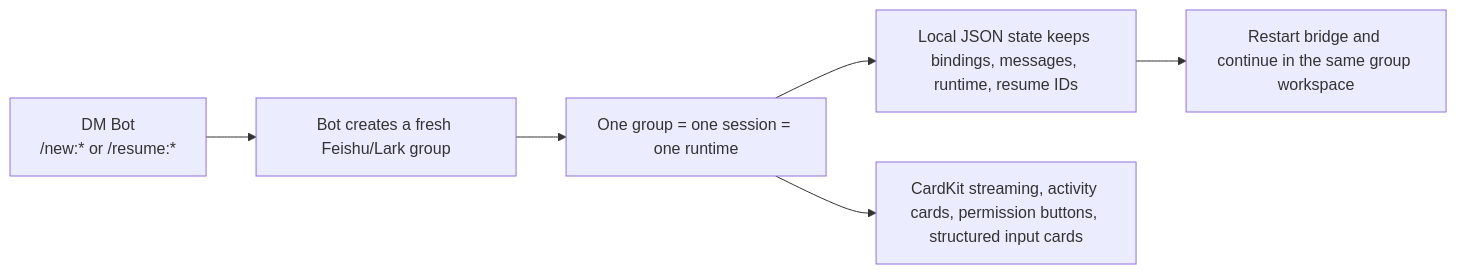
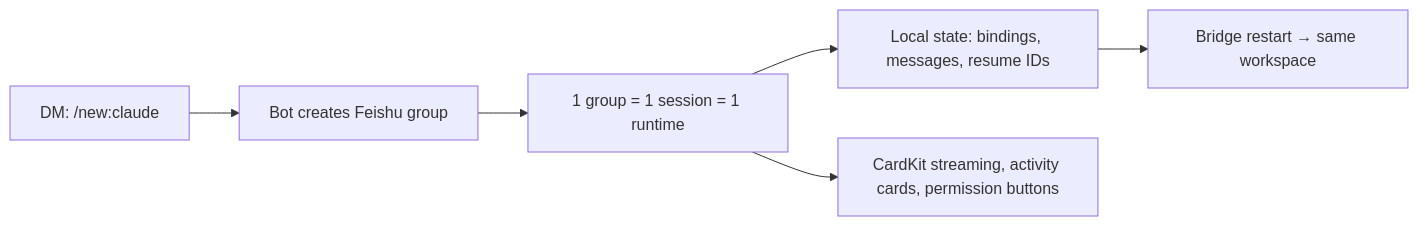
One commit to francize/agents-to-im changed the diagram in README.md. Above: the diagram before and after it, drawn with Mermaid. The commit also changed other lines of this file and 7 other files, not shown here.

````diff
--- a/README.md
+++ b/README.md
@@ -13,8 +215,8 @@
 ```mermaid
 flowchart LR
-  A["DM Bot<br/>/new:* or /resume:*"] --> B["Bot creates a fresh Feishu/Lark group"]
-  B --> C["One group = one session = one runtime"]
-  C --> D["Local JSON state keeps bindings, messages, runtime, resume IDs"]
-  D --> E["Restart bridge and continue in the same group workspace"]
-  C --> F["CardKit streaming, activity cards, permission buttons, structured input cards"]
+  A["DM: /new:claude"] --> B["Bot creates Feishu group"]
+  B --> C["1 group = 1 session = 1 runtime"]
+  C --> D["Local state: bindings, messages, resume IDs"]
+  D --> E["Bridge restart → same workspace"]
+  C --> F["CardKit streaming, activity cards, permission buttons"]
 ```
````
